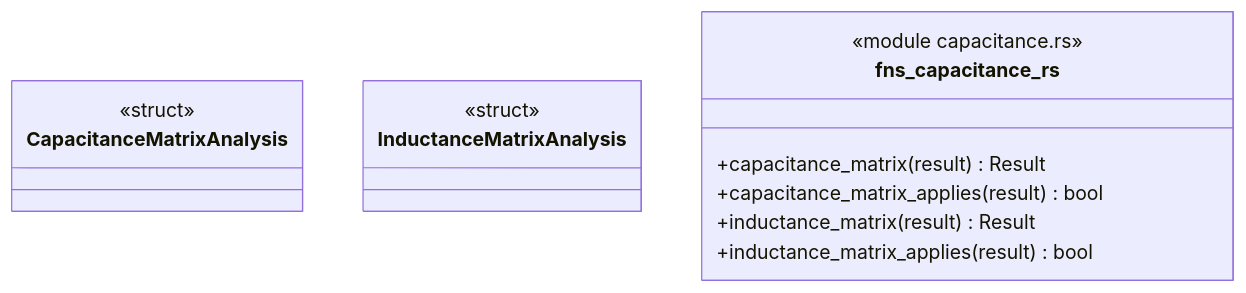
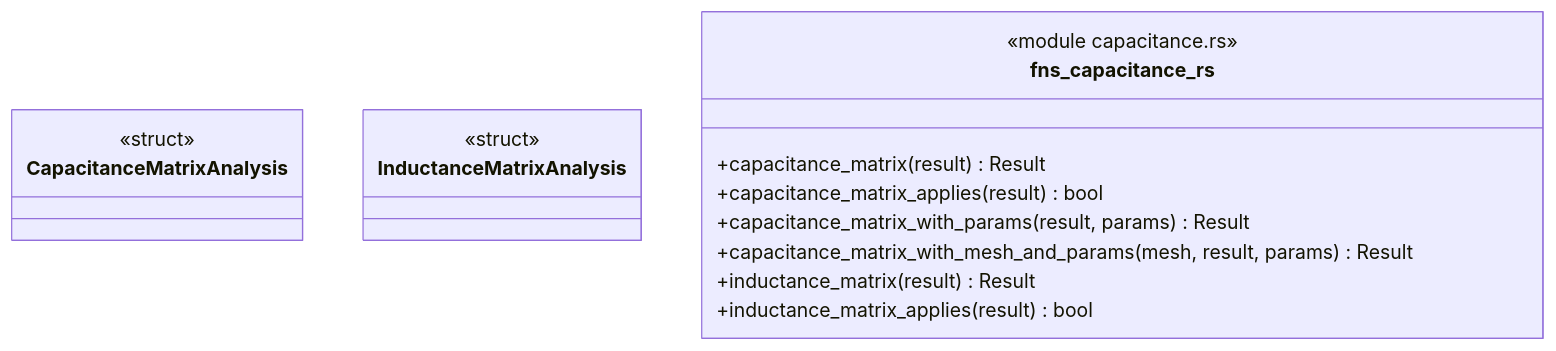
One commit to p-j-r/nyx changed the diagram in docs/architecture/c4/4-code/analysis/capacitance.md. Above: the diagram before and after it, drawn with Mermaid. The commit also changed other lines of this file and 150 other files, not shown here.

````diff
--- a/docs/architecture/c4/4-code/analysis/capacitance.md
+++ b/docs/architecture/c4/4-code/analysis/capacitance.md
@@ -34,16 +36,18 @@
 ```mermaid
 classDiagram
   class CapacitanceMatrixAnalysis {
       <<struct>>
   }
   class InductanceMatrixAnalysis {
       <<struct>>
   }
   class fns_capacitance_rs {
       <<module capacitance.rs>>
       +capacitance_matrix(result) Result
       +capacitance_matrix_applies(result) bool
+      +capacitance_matrix_with_params(result, params) Result
+      +capacitance_matrix_with_mesh_and_params(mesh, result, params) Result
       +inductance_matrix(result) Result
       +inductance_matrix_applies(result) bool
   }
 ```
````
